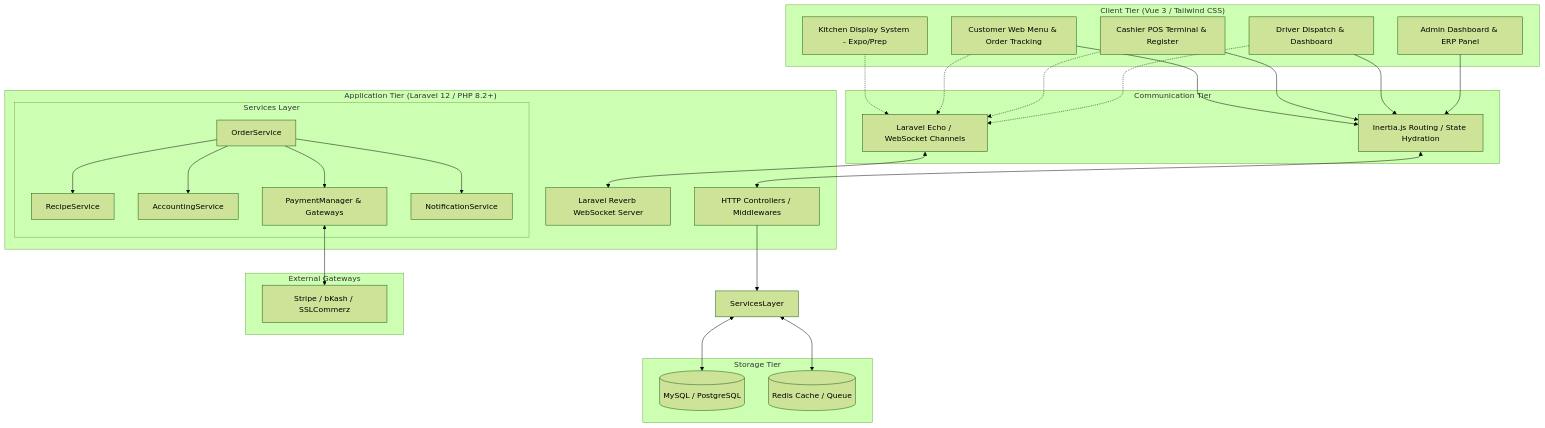
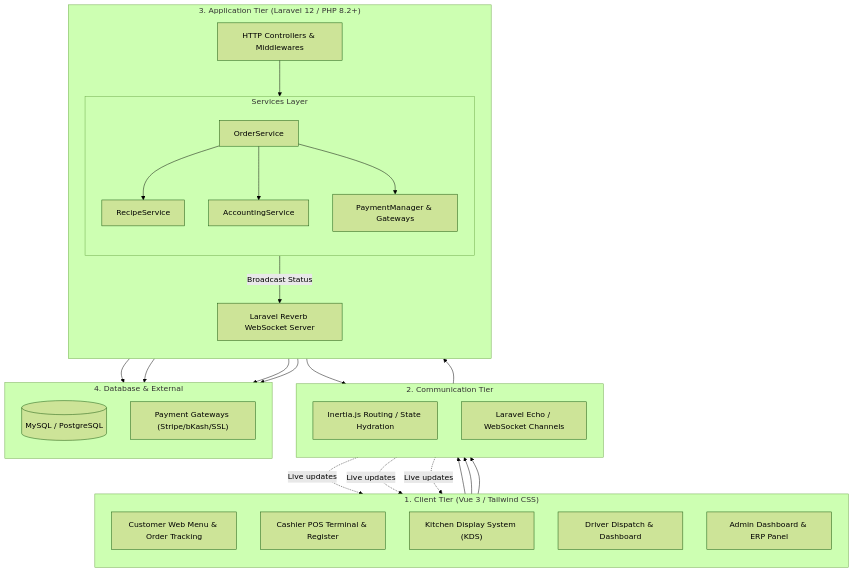
One commit to NaimurRahmanDurjoy/resdine changed the diagram in README.md. Above: the diagram before and after it, drawn with Mermaid (forest theme).

````diff
--- a/README.md
+++ b/README.md
@@ -15,59 +15,56 @@
 ```mermaid
-graph TD
-    %% Client Tier
-    subgraph "Client Tier (Vue 3 / Tailwind CSS)"
+flowchart TD
+    subgraph "1. Client Tier (Vue 3 / Tailwind CSS)"
+        direction TB
         Customer["Customer Web Menu & Order Tracking"]
         POS["Cashier POS Terminal & Register"]
-        KDS["Kitchen Display System - Expo/Prep"]
+        KDS["Kitchen Display System (KDS)"]
         Driver["Driver Dispatch & Dashboard"]
         AdminPanel["Admin Dashboard & ERP Panel"]
     end
 
-    %% Routing & Real-Time Tier
-    subgraph "Communication Tier"
+    subgraph "2. Communication Tier"
+        direction TB
         Inertia["Inertia.js Routing / State Hydration"]
         Echo["Laravel Echo / WebSocket Channels"]
     end
 
-    %% Application Tier
-    subgraph "Application Tier (Laravel 12 / PHP 8.2+)"
-        Controllers["HTTP Controllers / Middlewares"]
+    subgraph "3. Application Tier (Laravel 12 / PHP 8.2+)"
+        direction TB
+        Controllers["HTTP Controllers & Middlewares"]
         Reverb["Laravel Reverb WebSocket Server"]
         
         subgraph "Services Layer"
+            direction TB
             OrderSvc["OrderService"]
             RecipeSvc["RecipeService"]
             AcctSvc["AccountingService"]
             PayMngr["PaymentManager & Gateways"]
-            NotifSvc["NotificationService"]
         end
     end
 
-    %% Storage Tier
-    subgraph "Storage Tier"
+    subgraph "4. Database & External"
+        direction TB
         DB[("MySQL / PostgreSQL")]
-        Cache[("Redis Cache / Queue")]
+        Gateways["Payment Gateways (Stripe/bKash/SSL)"]
     end
 
-    %% External Systems
-    subgraph "External Gateways"
-        Gateways["Stripe / bKash / SSLCommerz"]
-    end
-
-    %% Connections
-    Customer & POS & Driver & AdminPanel --> Inertia
-    KDS & Customer & POS & Driver -.-> Echo
-    Echo <--> Reverb
-    Inertia <--> Controllers
-    Controllers --> ServicesLayer
+    %% Interactions
+    Customer & POS & AdminPanel --> Inertia
+    Inertia --> Controllers
+    Controllers --> OrderSvc
     
-    %% Service connections
+    %% Services
     OrderSvc --> RecipeSvc
     OrderSvc --> AcctSvc
-    OrderSvc --> NotifSvc
     OrderSvc --> PayMngr
     
-    ServicesLayer <--> DB
-    ServicesLayer <--> Cache
-    PayMngr <--> Gateways
+    %% WebSockets
+    OrderSvc -->|Broadcast Status| Reverb
+    Reverb --> Echo
+    Echo -.->|Live updates| KDS & Driver & Customer
+
+    %% Database & Gateways
+    OrderSvc & RecipeSvc & AcctSvc --> DB
+    PayMngr --> Gateways
 ```
````
